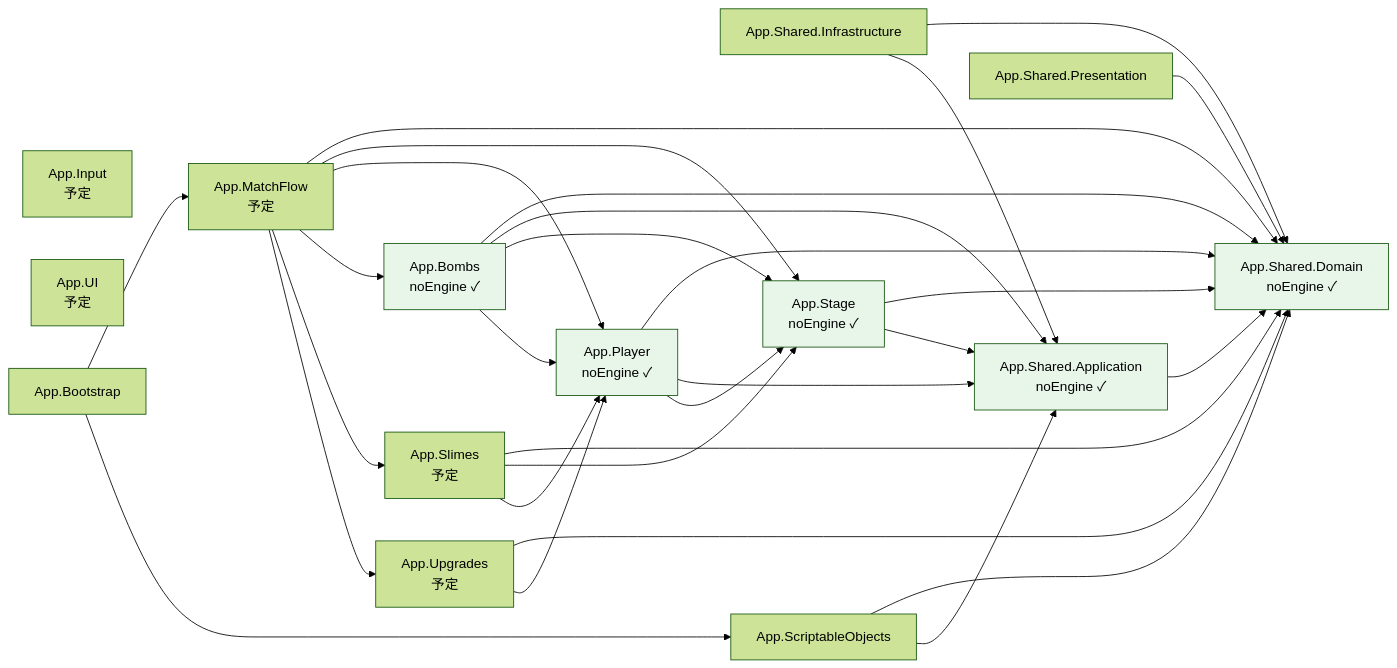
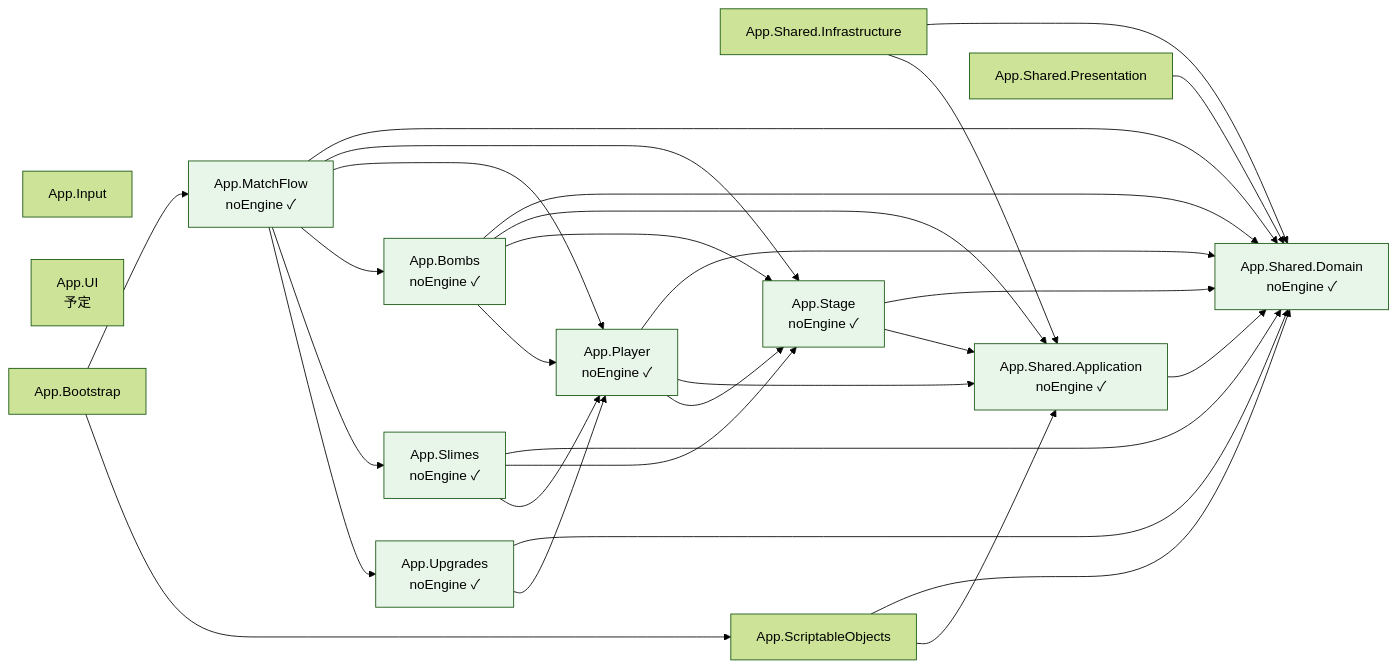
Before and after one commit to OUCC/2026-spring-hackathon-teamA: the second of 10 diagrams in docs/architecture.md, drawn with Mermaid (forest theme). The commit also changed other lines of this file and 1 other file, not shown here.

Commit message:
docs: Phase 4-8 完了に伴う全ドキュメント最終更新
architecture.md: アセンブリ依存グラフで App.Slimes/Upgrades/MatchFlow を実装済みに更新、
  Phase 8 進捗を完了に、noEngine style を追加
tasks.md: Phase 8 を ✅ マーク

````diff
--- a/docs/architecture.md
+++ b/docs/architecture.md
@@ -52,52 +52,55 @@
 ```mermaid
 graph LR
     SD["App.Shared.Domain<br/>noEngine ✓"]
     SA["App.Shared.Application<br/>noEngine ✓"]
     SI[App.Shared.Infrastructure]
     SP[App.Shared.Presentation]
     AST["App.Stage<br/>noEngine ✓"]
     APL["App.Player<br/>noEngine ✓"]
     ABM["App.Bombs<br/>noEngine ✓"]
-    ASL["App.Slimes<br/>予定"]
-    AUP["App.Upgrades<br/>予定"]
-    AMF["App.MatchFlow<br/>予定"]
-    AIN["App.Input<br/>予定"]
+    ASL["App.Slimes<br/>noEngine ✓"]
+    AUP["App.Upgrades<br/>noEngine ✓"]
+    AMF["App.MatchFlow<br/>noEngine ✓"]
+    AIN["App.Input"]
     AUI["App.UI<br/>予定"]
     ASO[App.ScriptableObjects]
     ABT[App.Bootstrap]
 
     SA --> SD
     SI --> SD
     SI --> SA
     SP --> SD
     AST --> SD
     AST --> SA
     APL --> SD
     APL --> SA
     APL --> AST
     ABM --> SD
     ABM --> SA
     ABM --> AST
     ABM --> APL
     ASL --> SD
     ASL --> AST
     ASL --> APL
     AUP --> SD
     AUP --> APL
     AMF --> SD
     AMF --> AST
     AMF --> APL
     AMF --> ABM
     AMF --> ASL
     AMF --> AUP
     ASO --> SD
     ASO --> SA
     ABT --> AMF
     ABT --> ASO
 
     style SD fill:#e8f5e9
     style SA fill:#e8f5e9
     style AST fill:#e8f5e9
     style APL fill:#e8f5e9
     style ABM fill:#e8f5e9
+    style ASL fill:#e8f5e9
+    style AUP fill:#e8f5e9
+    style AMF fill:#e8f5e9
 ```
````
